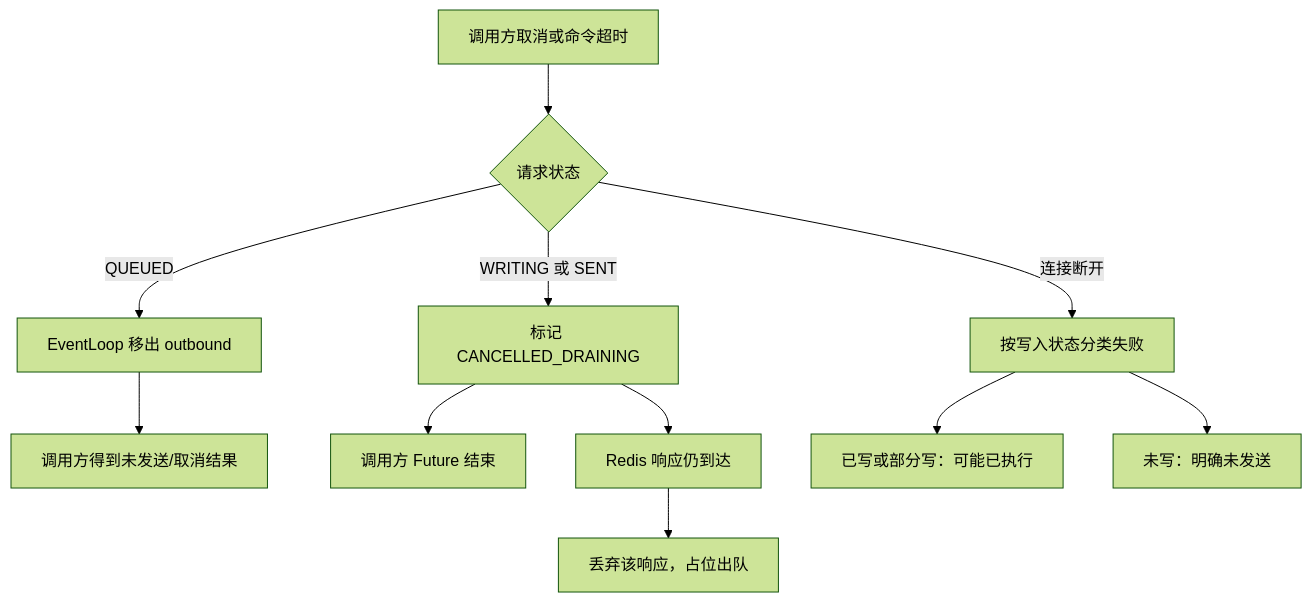
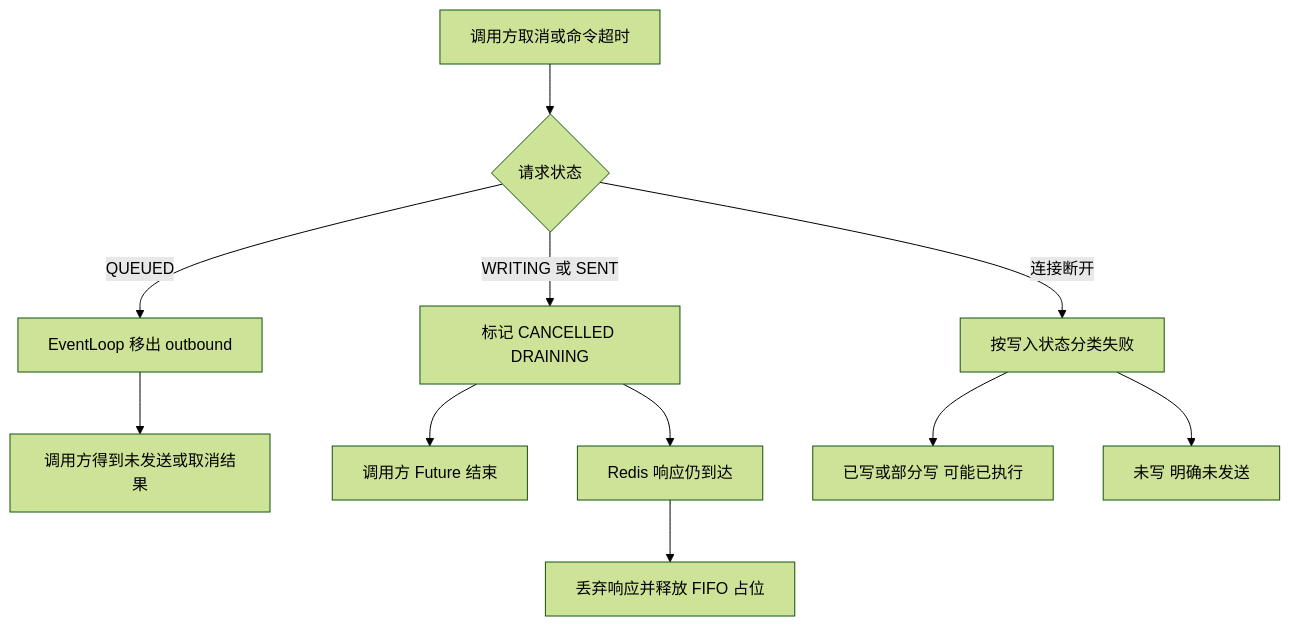
Before and after one commit to susongyan/boba-straw: the third of 5 diagrams in docs/architecture/network-model.md, drawn with Mermaid (forest theme). The commit also changed other lines of this file and 22 other files, not shown here.

````diff
--- a/docs/architecture/network-model.md
+++ b/docs/architecture/network-model.md
@@ -131,13 +146,13 @@
 ```mermaid
-flowchart TD
-    Start["调用方取消或命令超时"] --> State{"请求状态"}
-    State -->|"QUEUED"| Remove["EventLoop 移出 outbound"]
-    Remove --> NotSent["调用方得到未发送/取消结果"]
-    State -->|"WRITING 或 SENT"| Drain["标记 CANCELLED_DRAINING"]
-    Drain --> CallerDone["调用方 Future 结束"]
-    Drain --> Reply["Redis 响应仍到达"]
-    Reply --> Drop["丢弃该响应，占位出队"]
-    State -->|"连接断开"| Classify["按写入状态分类失败"]
-    Classify --> Maybe["已写或部分写：可能已执行"]
-    Classify --> Never["未写：明确未发送"]
+graph TD
+    Start[调用方取消或命令超时] --> State{请求状态}
+    State -->|QUEUED| Remove[EventLoop 移出 outbound]
+    Remove --> NotSent[调用方得到未发送或取消结果]
+    State -->|WRITING 或 SENT| Drain[标记 CANCELLED DRAINING]
+    Drain --> CallerDone[调用方 Future 结束]
+    Drain --> Reply[Redis 响应仍到达]
+    Reply --> Drop[丢弃响应并释放 FIFO 占位]
+    State -->|连接断开| Classify[按写入状态分类失败]
+    Classify --> Maybe[已写或部分写 可能已执行]
+    Classify --> Never[未写 明确未发送]
 ```
````
